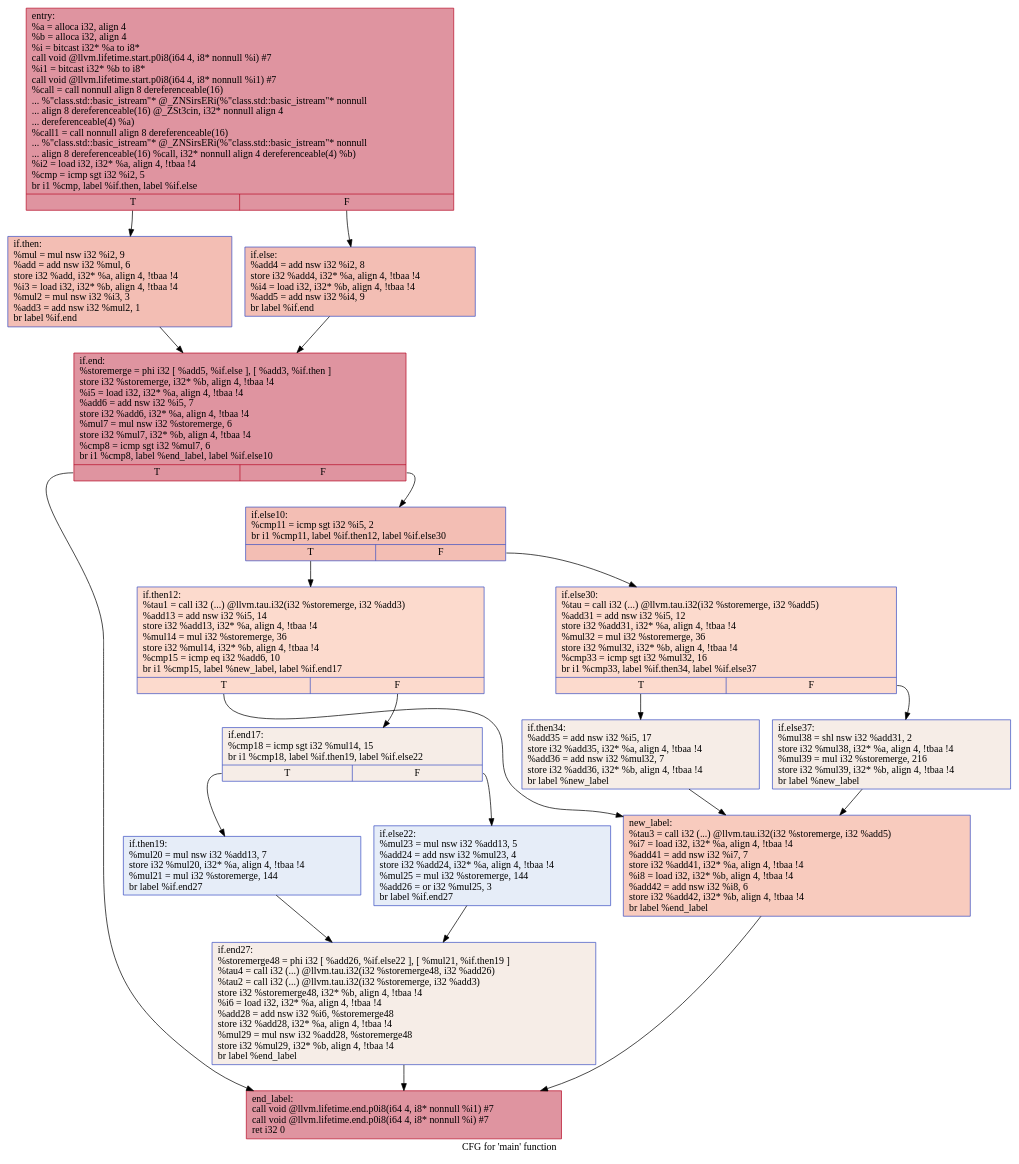
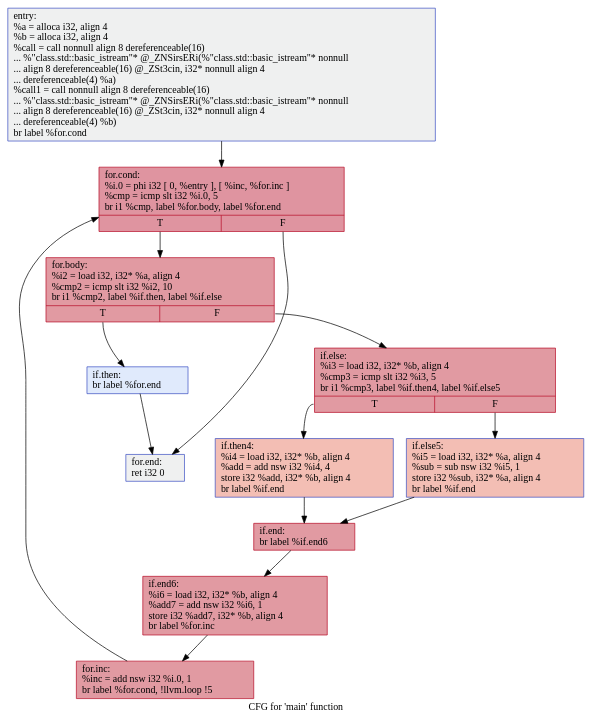
The diagram in IR/cfg/.main.dot (HPSSA-LLVM/HPSSA-LLVM), drawn with Graphviz before and after one commit. The commit also changed 19 other files, not shown here.

```diff
--- a/IR/cfg/.main.dot
+++ b/IR/cfg/.main.dot
@@ -1,39 +1,28 @@
 digraph "CFG for 'main' function" {
 	label="CFG for 'main' function";
 
-	Node0x5594aeb6b500 [shape=record,color="#b70d28ff", style=filled, fillcolor="#b70d2870",label="{entry:\l  %a = alloca i32, align 4\l  %b = alloca i32, align 4\l  %i = bitcast i32* %a to i8*\l  call void @llvm.lifetime.start.p0i8(i64 4, i8* nonnull %i) #7\l  %i1 = bitcast i32* %b to i8*\l  call void @llvm.lifetime.start.p0i8(i64 4, i8* nonnull %i1) #7\l  %call = call nonnull align 8 dereferenceable(16)\l... %\"class.std::basic_istream\"* @_ZNSirsERi(%\"class.std::basic_istream\"* nonnull\l... align 8 dereferenceable(16) @_ZSt3cin, i32* nonnull align 4\l... dereferenceable(4) %a)\l  %call1 = call nonnull align 8 dereferenceable(16)\l... %\"class.std::basic_istream\"* @_ZNSirsERi(%\"class.std::basic_istream\"* nonnull\l... align 8 dereferenceable(16) %call, i32* nonnull align 4 dereferenceable(4) %b)\l  %i2 = load i32, i32* %a, align 4, !tbaa !4\l  %cmp = icmp sgt i32 %i2, 5\l  br i1 %cmp, label %if.then, label %if.else\l|{<s0>T|<s1>F}}"];
-	Node0x5594aeb6b500:s0 -> Node0x5594aeb6cf40;
-	Node0x5594aeb6b500:s1 -> Node0x5594aeb6d010;
-	Node0x5594aeb6cf40 [shape=record,color="#3d50c3ff", style=filled, fillcolor="#e36c5570",label="{if.then:                                          \l  %mul = mul nsw i32 %i2, 9\l  %add = add nsw i32 %mul, 6\l  store i32 %add, i32* %a, align 4, !tbaa !4\l  %i3 = load i32, i32* %b, align 4, !tbaa !4\l  %mul2 = mul nsw i32 %i3, 3\l  %add3 = add nsw i32 %mul2, 1\l  br label %if.end\l}"];
-	Node0x5594aeb6cf40 -> Node0x5594aeb6ddb0;
-	Node0x5594aeb6d010 [shape=record,color="#3d50c3ff", style=filled, fillcolor="#e36c5570",label="{if.else:                                          \l  %add4 = add nsw i32 %i2, 8\l  store i32 %add4, i32* %a, align 4, !tbaa !4\l  %i4 = load i32, i32* %b, align 4, !tbaa !4\l  %add5 = add nsw i32 %i4, 9\l  br label %if.end\l}"];
-	Node0x5594aeb6d010 -> Node0x5594aeb6ddb0;
-	Node0x5594aeb6ddb0 [shape=record,color="#b70d28ff", style=filled, fillcolor="#b70d2870",label="{if.end:                                           \l  %storemerge = phi i32 [ %add5, %if.else ], [ %add3, %if.then ]\l  store i32 %storemerge, i32* %b, align 4, !tbaa !4\l  %i5 = load i32, i32* %a, align 4, !tbaa !4\l  %add6 = add nsw i32 %i5, 7\l  store i32 %add6, i32* %a, align 4, !tbaa !4\l  %mul7 = mul nsw i32 %storemerge, 6\l  store i32 %mul7, i32* %b, align 4, !tbaa !4\l  %cmp8 = icmp sgt i32 %mul7, 6\l  br i1 %cmp8, label %end_label, label %if.else10\l|{<s0>T|<s1>F}}"];
-	Node0x5594aeb6ddb0:s0 -> Node0x5594aeb6e9d0;
-	Node0x5594aeb6ddb0:s1 -> Node0x5594aeb6ea50;
-	Node0x5594aeb6ea50 [shape=record,color="#3d50c3ff", style=filled, fillcolor="#e36c5570",label="{if.else10:                                        \l  %cmp11 = icmp sgt i32 %i5, 2\l  br i1 %cmp11, label %if.then12, label %if.else30\l|{<s0>T|<s1>F}}"];
-	Node0x5594aeb6ea50:s0 -> Node0x5594aeb6ecc0;
-	Node0x5594aeb6ea50:s1 -> Node0x5594aeb6ed40;
-	Node0x5594aeb6ecc0 [shape=record,color="#3d50c3ff", style=filled, fillcolor="#f7ac8e70",label="{if.then12:                                        \l  %tau1 = call i32 (...) @llvm.tau.i32(i32 %storemerge, i32 %add3)\l  %add13 = add nsw i32 %i5, 14\l  store i32 %add13, i32* %a, align 4, !tbaa !4\l  %mul14 = mul i32 %storemerge, 36\l  store i32 %mul14, i32* %b, align 4, !tbaa !4\l  %cmp15 = icmp eq i32 %add6, 10\l  br i1 %cmp15, label %new_label, label %if.end17\l|{<s0>T|<s1>F}}"];
-	Node0x5594aeb6ecc0:s0 -> Node0x5594aeb6f510;
-	Node0x5594aeb6ecc0:s1 -> Node0x5594aeb6f5f0;
-	Node0x5594aeb6f5f0 [shape=record,color="#3d50c3ff", style=filled, fillcolor="#ead5c970",label="{if.end17:                                         \l  %cmp18 = icmp sgt i32 %mul14, 15\l  br i1 %cmp18, label %if.then19, label %if.else22\l|{<s0>T|<s1>F}}"];
-	Node0x5594aeb6f5f0:s0 -> Node0x5594aeb70070;
-	Node0x5594aeb6f5f0:s1 -> Node0x5594aeb700f0;
-	Node0x5594aeb70070 [shape=record,color="#3d50c3ff", style=filled, fillcolor="#c7d7f070",label="{if.then19:                                        \l  %mul20 = mul nsw i32 %add13, 7\l  store i32 %mul20, i32* %a, align 4, !tbaa !4\l  %mul21 = mul i32 %storemerge, 144\l  br label %if.end27\l}"];
-	Node0x5594aeb70070 -> Node0x5594aeb704a0;
-	Node0x5594aeb700f0 [shape=record,color="#3d50c3ff", style=filled, fillcolor="#c7d7f070",label="{if.else22:                                        \l  %mul23 = mul nsw i32 %add13, 5\l  %add24 = add nsw i32 %mul23, 4\l  store i32 %add24, i32* %a, align 4, !tbaa !4\l  %mul25 = mul i32 %storemerge, 144\l  %add26 = or i32 %mul25, 3\l  br label %if.end27\l}"];
-	Node0x5594aeb700f0 -> Node0x5594aeb704a0;
-	Node0x5594aeb704a0 [shape=record,color="#3d50c3ff", style=filled, fillcolor="#ead5c970",label="{if.end27:                                         \l  %storemerge48 = phi i32 [ %add26, %if.else22 ], [ %mul21, %if.then19 ]\l  %tau4 = call i32 (...) @llvm.tau.i32(i32 %storemerge48, i32 %add26)\l  %tau2 = call i32 (...) @llvm.tau.i32(i32 %storemerge, i32 %add3)\l  store i32 %storemerge48, i32* %b, align 4, !tbaa !4\l  %i6 = load i32, i32* %a, align 4, !tbaa !4\l  %add28 = add nsw i32 %i6, %storemerge48\l  store i32 %add28, i32* %a, align 4, !tbaa !4\l  %mul29 = mul nsw i32 %add28, %storemerge48\l  store i32 %mul29, i32* %b, align 4, !tbaa !4\l  br label %end_label\l}"];
-	Node0x5594aeb704a0 -> Node0x5594aeb6e9d0;
-	Node0x5594aeb6ed40 [shape=record,color="#3d50c3ff", style=filled, fillcolor="#f7ac8e70",label="{if.else30:                                        \l  %tau = call i32 (...) @llvm.tau.i32(i32 %storemerge, i32 %add5)\l  %add31 = add nsw i32 %i5, 12\l  store i32 %add31, i32* %a, align 4, !tbaa !4\l  %mul32 = mul i32 %storemerge, 36\l  store i32 %mul32, i32* %b, align 4, !tbaa !4\l  %cmp33 = icmp sgt i32 %mul32, 16\l  br i1 %cmp33, label %if.then34, label %if.else37\l|{<s0>T|<s1>F}}"];
-	Node0x5594aeb6ed40:s0 -> Node0x5594aeb71b50;
-	Node0x5594aeb6ed40:s1 -> Node0x5594aeb71bd0;
-	Node0x5594aeb71b50 [shape=record,color="#3d50c3ff", style=filled, fillcolor="#ead5c970",label="{if.then34:                                        \l  %add35 = add nsw i32 %i5, 17\l  store i32 %add35, i32* %a, align 4, !tbaa !4\l  %add36 = add nsw i32 %mul32, 7\l  store i32 %add36, i32* %b, align 4, !tbaa !4\l  br label %new_label\l}"];
-	Node0x5594aeb71b50 -> Node0x5594aeb6f510;
-	Node0x5594aeb71bd0 [shape=record,color="#3d50c3ff", style=filled, fillcolor="#ead5c970",label="{if.else37:                                        \l  %mul38 = shl nsw i32 %add31, 2\l  store i32 %mul38, i32* %a, align 4, !tbaa !4\l  %mul39 = mul i32 %storemerge, 216\l  store i32 %mul39, i32* %b, align 4, !tbaa !4\l  br label %new_label\l}"];
-	Node0x5594aeb71bd0 -> Node0x5594aeb6f510;
-	Node0x5594aeb6f510 [shape=record,color="#3d50c3ff", style=filled, fillcolor="#ef886b70",label="{new_label:                                        \l  %tau3 = call i32 (...) @llvm.tau.i32(i32 %storemerge, i32 %add5)\l  %i7 = load i32, i32* %a, align 4, !tbaa !4\l  %add41 = add nsw i32 %i7, 7\l  store i32 %add41, i32* %a, align 4, !tbaa !4\l  %i8 = load i32, i32* %b, align 4, !tbaa !4\l  %add42 = add nsw i32 %i8, 6\l  store i32 %add42, i32* %b, align 4, !tbaa !4\l  br label %end_label\l}"];
-	Node0x5594aeb6f510 -> Node0x5594aeb6e9d0;
-	Node0x5594aeb6e9d0 [shape=record,color="#b70d28ff", style=filled, fillcolor="#b70d2870",label="{end_label:                                        \l  call void @llvm.lifetime.end.p0i8(i64 4, i8* nonnull %i1) #7\l  call void @llvm.lifetime.end.p0i8(i64 4, i8* nonnull %i) #7\l  ret i32 0\l}"];
+	Node0x55a1da05ca90 [shape=record,color="#3d50c3ff", style=filled, fillcolor="#dbdcde70",label="{entry:\l  %a = alloca i32, align 4\l  %b = alloca i32, align 4\l  %call = call nonnull align 8 dereferenceable(16)\l... %\"class.std::basic_istream\"* @_ZNSirsERi(%\"class.std::basic_istream\"* nonnull\l... align 8 dereferenceable(16) @_ZSt3cin, i32* nonnull align 4\l... dereferenceable(4) %a)\l  %call1 = call nonnull align 8 dereferenceable(16)\l... %\"class.std::basic_istream\"* @_ZNSirsERi(%\"class.std::basic_istream\"* nonnull\l... align 8 dereferenceable(16) @_ZSt3cin, i32* nonnull align 4\l... dereferenceable(4) %b)\l  br label %for.cond\l}"];
+	Node0x55a1da05ca90 -> Node0x55a1da05d050;
+	Node0x55a1da05d050 [shape=record,color="#b70d28ff", style=filled, fillcolor="#b70d2870",label="{for.cond:                                         \l  %i.0 = phi i32 [ 0, %entry ], [ %inc, %for.inc ]\l  %cmp = icmp slt i32 %i.0, 5\l  br i1 %cmp, label %for.body, label %for.end\l|{<s0>T|<s1>F}}"];
+	Node0x55a1da05d050:s0 -> Node0x55a1da05d450;
+	Node0x55a1da05d050:s1 -> Node0x55a1da05d530;
+	Node0x55a1da05d450 [shape=record,color="#b70d28ff", style=filled, fillcolor="#bb1b2c70",label="{for.body:                                         \l  %i2 = load i32, i32* %a, align 4\l  %cmp2 = icmp slt i32 %i2, 10\l  br i1 %cmp2, label %if.then, label %if.else\l|{<s0>T|<s1>F}}"];
+	Node0x55a1da05d450:s0 -> Node0x55a1da05d9c0;
+	Node0x55a1da05d450:s1 -> Node0x55a1da05da30;
+	Node0x55a1da05d9c0 [shape=record,color="#3d50c3ff", style=filled, fillcolor="#b9d0f970",label="{if.then:                                          \l  br label %for.end\l}"];
+	Node0x55a1da05d9c0 -> Node0x55a1da05d530;
+	Node0x55a1da05da30 [shape=record,color="#b70d28ff", style=filled, fillcolor="#bb1b2c70",label="{if.else:                                          \l  %i3 = load i32, i32* %b, align 4\l  %cmp3 = icmp slt i32 %i3, 5\l  br i1 %cmp3, label %if.then4, label %if.else5\l|{<s0>T|<s1>F}}"];
+	Node0x55a1da05da30:s0 -> Node0x55a1da05dd60;
+	Node0x55a1da05da30:s1 -> Node0x55a1da05dde0;
+	Node0x55a1da05dd60 [shape=record,color="#3d50c3ff", style=filled, fillcolor="#e36c5570",label="{if.then4:                                         \l  %i4 = load i32, i32* %b, align 4\l  %add = add nsw i32 %i4, 4\l  store i32 %add, i32* %b, align 4\l  br label %if.end\l}"];
+	Node0x55a1da05dd60 -> Node0x55a1da05e110;
+	Node0x55a1da05dde0 [shape=record,color="#3d50c3ff", style=filled, fillcolor="#e36c5570",label="{if.else5:                                         \l  %i5 = load i32, i32* %a, align 4\l  %sub = sub nsw i32 %i5, 1\l  store i32 %sub, i32* %a, align 4\l  br label %if.end\l}"];
+	Node0x55a1da05dde0 -> Node0x55a1da05e110;
+	Node0x55a1da05e110 [shape=record,color="#b70d28ff", style=filled, fillcolor="#bb1b2c70",label="{if.end:                                           \l  br label %if.end6\l}"];
+	Node0x55a1da05e110 -> Node0x55a1da05e430;
+	Node0x55a1da05e430 [shape=record,color="#b70d28ff", style=filled, fillcolor="#bb1b2c70",label="{if.end6:                                          \l  %i6 = load i32, i32* %b, align 4\l  %add7 = add nsw i32 %i6, 1\l  store i32 %add7, i32* %b, align 4\l  br label %for.inc\l}"];
+	Node0x55a1da05e430 -> Node0x55a1da05d1d0;
+	Node0x55a1da05d1d0 [shape=record,color="#b70d28ff", style=filled, fillcolor="#bb1b2c70",label="{for.inc:                                          \l  %inc = add nsw i32 %i.0, 1\l  br label %for.cond, !llvm.loop !5\l}"];
+	Node0x55a1da05d1d0 -> Node0x55a1da05d050;
+	Node0x55a1da05d530 [shape=record,color="#3d50c3ff", style=filled, fillcolor="#dbdcde70",label="{for.end:                                          \l  ret i32 0\l}"];
 }
```
